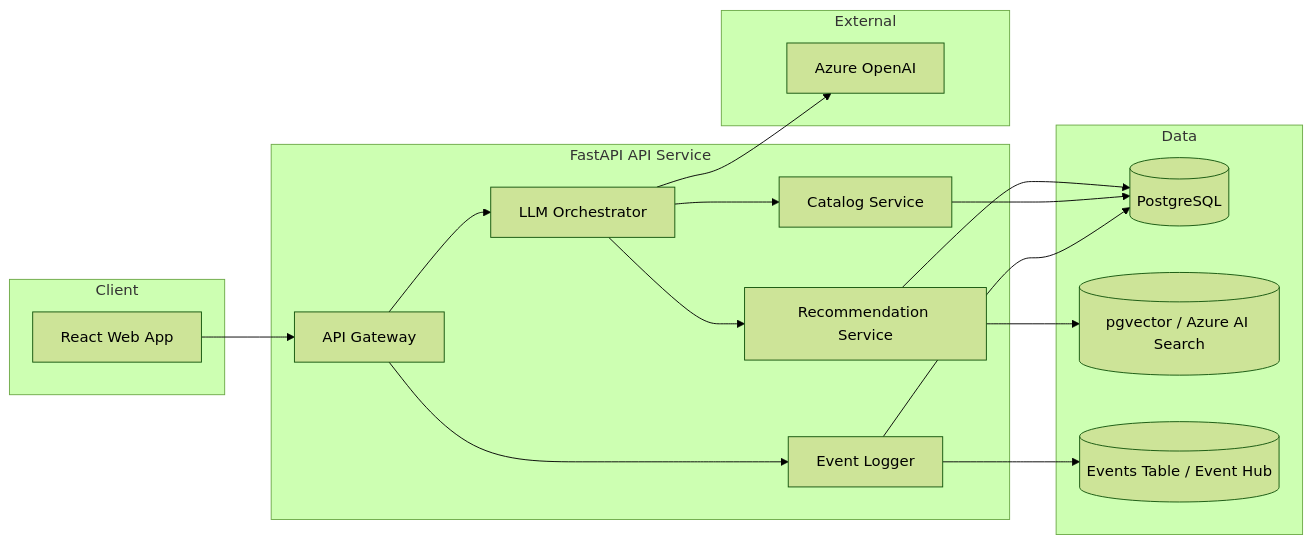
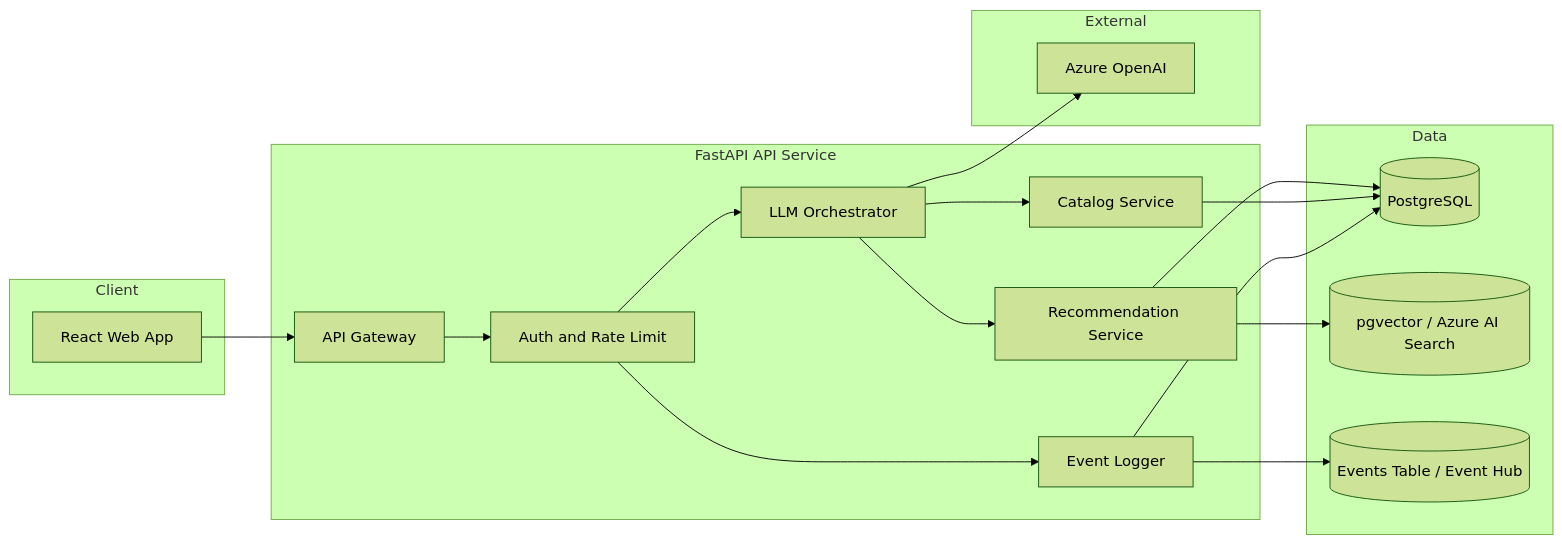
One commit to gregfu05/TravelTom.ai changed the diagram in instructions/01-architecture/system-overview.md. Above: the diagram before and after it, drawn with Mermaid (forest theme). The commit also changed other lines of this file and 28 other files, not shown here.

````diff
--- a/instructions/01-architecture/system-overview.md
+++ b/instructions/01-architecture/system-overview.md
@@ -5,36 +5,38 @@
 ```mermaid
 flowchart LR
   subgraph Client
     UI[React Web App]
   end
 
   subgraph Backend[FastAPI API Service]
     API[API Gateway]
+    SEC[Auth and Rate Limit]
     ORCH[LLM Orchestrator]
     REC[Recommendation Service]
     CAT[Catalog Service]
     EVT[Event Logger]
   end
 
   subgraph Data
     PG[(PostgreSQL)]
     VEC[(pgvector / Azure AI Search)]
     LOGS[(Events Table / Event Hub)]
   end
 
   subgraph External
     LLM[Azure OpenAI]
   end
 
   UI --> API
-  API --> ORCH
+  API --> SEC
+  SEC --> ORCH
   ORCH --> REC
   ORCH --> CAT
   ORCH --> LLM
-  API --> EVT
+  SEC --> EVT
   REC --> PG
   REC --> VEC
   CAT --> PG
   EVT --> PG
   EVT --> LOGS
 ```
````
